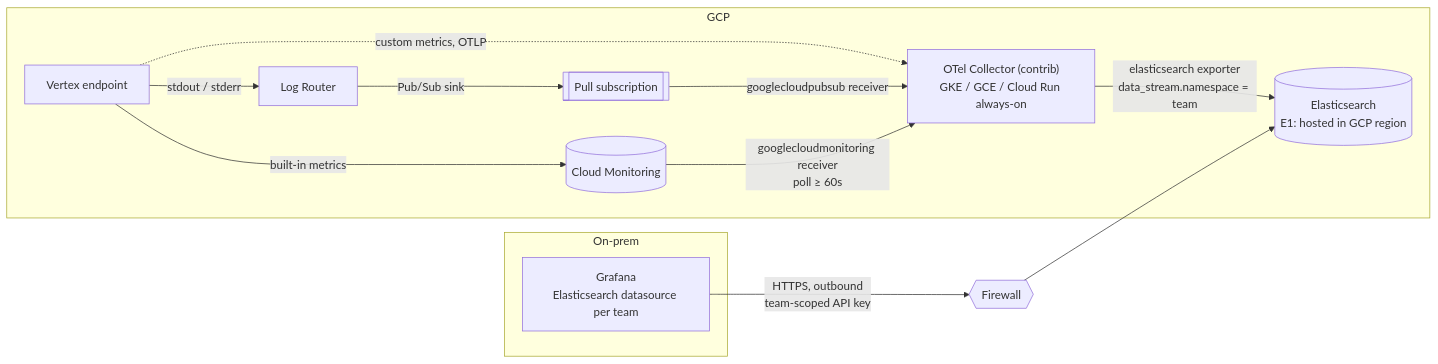
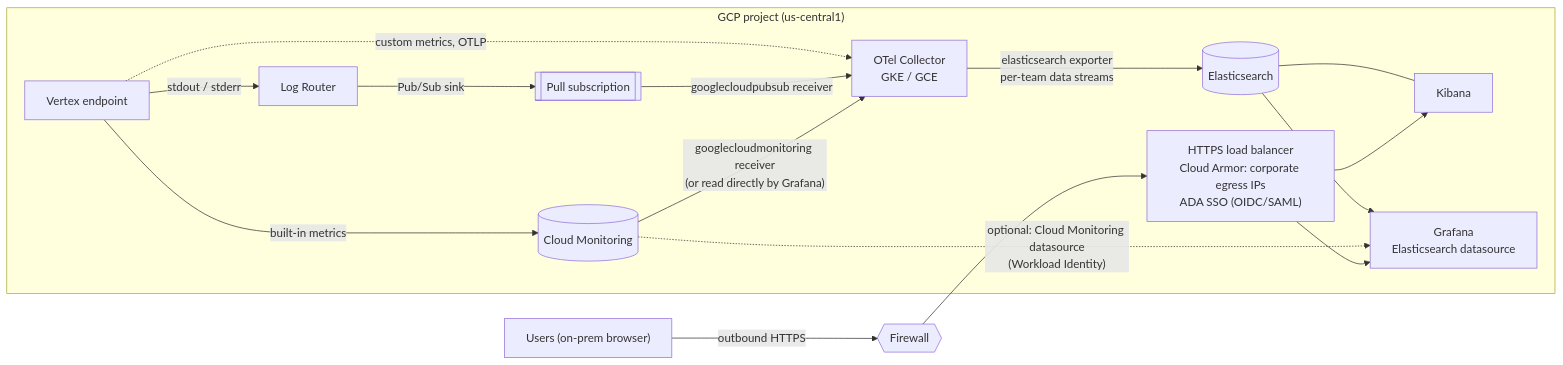
Before and after one commit to wongliping/devspace: the seventh of 7 diagrams in analysis2.md, drawn with Mermaid. The commit also changed other lines of this file, not shown here.

````diff
--- a/analysis2.md
+++ b/analysis2.md
@@ -245,16 +248,16 @@
 ```mermaid
 flowchart LR
-    subgraph gcp["GCP"]
+    subgraph gcp["GCP project (us-central1)"]
         V["Vertex endpoint"] -->|"stdout / stderr"| LR["Log Router"] -->|"Pub/Sub sink"| PS[["Pull subscription"]]
         V -->|"built-in metrics"| CM[("Cloud Monitoring")]
         V -.->|"custom metrics, OTLP"| OC
-        OC["OTel Collector (contrib)<br/>GKE / GCE / Cloud Run always-on"]
-        PS -->|"googlecloudpubsub receiver"| OC
-        CM -->|"googlecloudmonitoring receiver<br/>poll ≥ 60s"| OC
-        OC -->|"elasticsearch exporter<br/>data_stream.namespace = team"| ES[("Elasticsearch<br/>E1: hosted in GCP region")]
+        PS -->|"googlecloudpubsub receiver"| OC["OTel Collector<br/>GKE / GCE"]
+        CM -->|"googlecloudmonitoring receiver<br/>(or read directly by Grafana)"| OC
+        OC -->|"elasticsearch exporter<br/>per-team data streams"| ES[("Elasticsearch")]
+        ES --- KB["Kibana"]
+        ES --> GF["Grafana<br/>Elasticsearch datasource"]
+        CM -.->|"optional: Cloud Monitoring datasource<br/>(Workload Identity)"| GF
+        LB["HTTPS load balancer<br/>Cloud Armor: corporate egress IPs<br/>ADA SSO (OIDC/SAML)"] --> GF & KB
     end
-    subgraph onprem["On-prem"]
-        G["Grafana<br/>Elasticsearch datasource per team"]
-    end
-    G -->|"HTTPS, outbound<br/>team-scoped API key"| FW{{"Firewall"}} --> ES
+    U["Users (on-prem browser)"] -->|"outbound HTTPS"| FW{{"Firewall"}} --> LB
 ```
````
